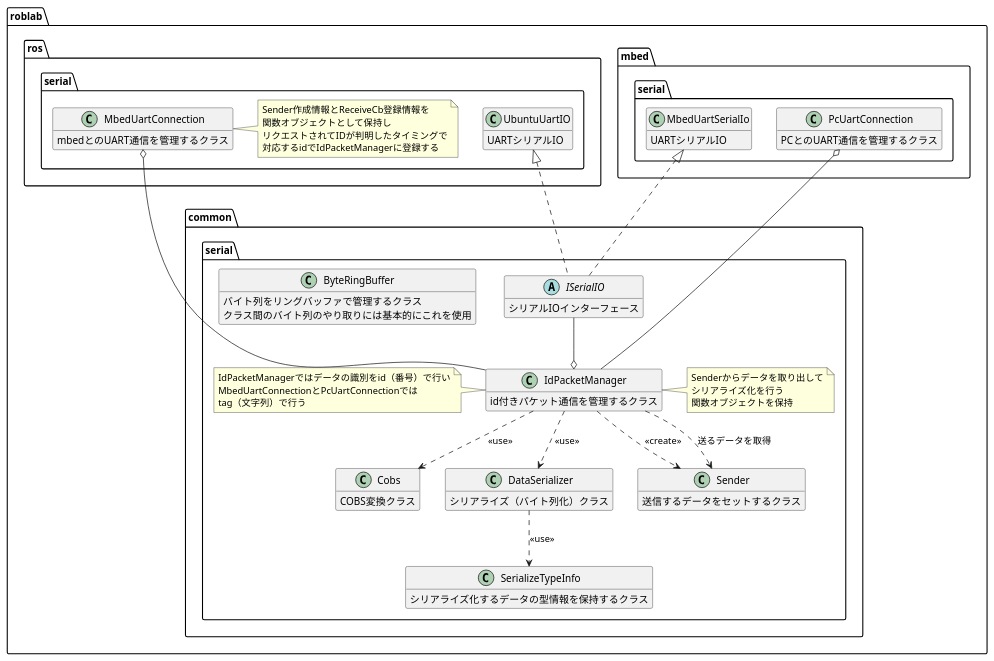
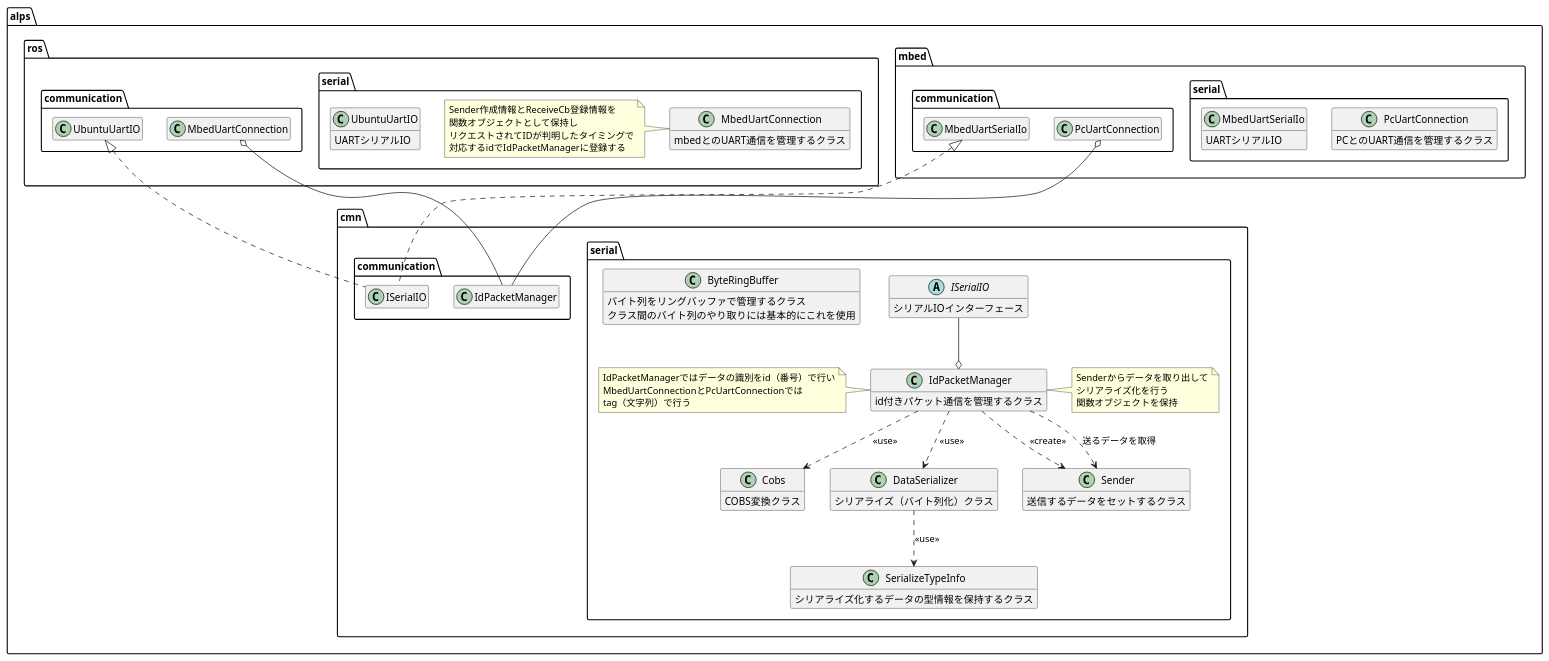
The diagram in diagrams/uart_serail.puml (shinshu-alps/alps_docs), drawn with PlantUML before and after one commit. The commit also changed 6 other files, not shown here.

```diff
--- a/diagrams/uart_serail.puml
+++ b/diagrams/uart_serail.puml
@@ -1,91 +1,91 @@
 @startuml UartSerial
 ' !include https://raw.githubusercontent.com/patrik-csak/one-dark-plantuml-theme/v1.0.1/theme.puml
 
 
 hide empty members
 
 ' クラス図
 set namespaceSeparator ::
-namespace roblab{
-    namespace common::serial{
+namespace alps{
+    namespace cmn::serial{
         class Cobs{
             COBS変換クラス
         }
         class DataSerializer{
             シリアライズ（バイト列化）クラス
         }
         abstract class ISerialIO{
             シリアルIOインターフェース
         }
         
         class IdPacketManager{
             id付きパケット通信を管理するクラス
         }
 
         note left of IdPacketManager
         IdPacketManagerではデータの識別をid（番号）で行い
         MbedUartConnectionとPcUartConnectionでは
         tag（文字列）で行う
         end note
 
         note right of IdPacketManager
         Senderからデータを取り出して
         シリアライズ化を行う
         関数オブジェクトを保持
         end note
 
         class Sender{
             送信するデータをセットするクラス
         }
         class SerializeTypeInfo{
             シリアライズ化するデータの型情報を保持するクラス
         }
 
         class ByteRingBuffer{
             バイト列をリングバッファで管理するクラス
             クラス間のバイト列のやり取りには基本的にこれを使用
         }
 
 
         IdPacketManager ..> Sender : <<create>>
         IdPacketManager ..> Sender : 送るデータを取得
         IdPacketManager ..> DataSerializer : <<use>>
         IdPacketManager ..> Cobs : <<use>>
         ISerialIO --o IdPacketManager
 
         DataSerializer ..> SerializeTypeInfo : <<use>>
     }
 
     namespace mbed::serial{
         class PcUartConnection{
             PCとのUART通信を管理するクラス
         }
         class MbedUartSerialIo{
             UARTシリアルIO
         }
     }
 
     namespace ros::serial{
         class MbedUartConnection {
             mbedとのUART通信を管理するクラス
         }
 
         note left of MbedUartConnection 
         Sender作成情報とReceiveCb登録情報を
         関数オブジェクトとして保持し
         リクエストされてIDが判明したタイミングで
         対応するidでIdPacketManagerに登録する
         end note
 
         class UbuntuUartIO{
             UARTシリアルIO
         }
     }
-    ros::serial::UbuntuUartIO <|.. common::serial::ISerialIO
-    mbed::serial::MbedUartSerialIo <|.. common::serial::ISerialIO
+    ros::communication::UbuntuUartIO <|.. cmn::communication::ISerialIO
+    mbed::communication::MbedUartSerialIo <|.. cmn::communication::ISerialIO
     
-    ros::serial::MbedUartConnection  o-- common::serial::IdPacketManager
-    mbed::serial::PcUartConnection o-- common::serial::IdPacketManager
+    ros::communication::MbedUartConnection  o-- cmn::communication::IdPacketManager
+    mbed::communication::PcUartConnection o-- cmn::communication::IdPacketManager
 }
 
 @enduml
```
